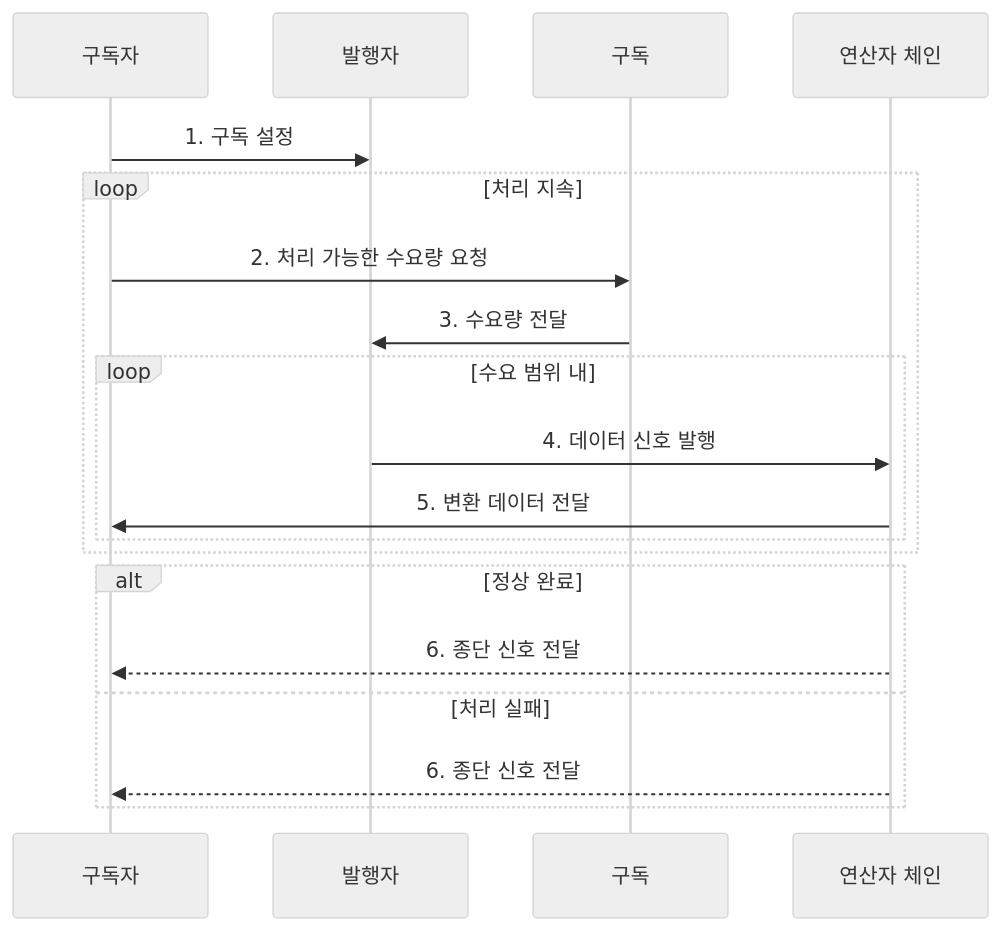
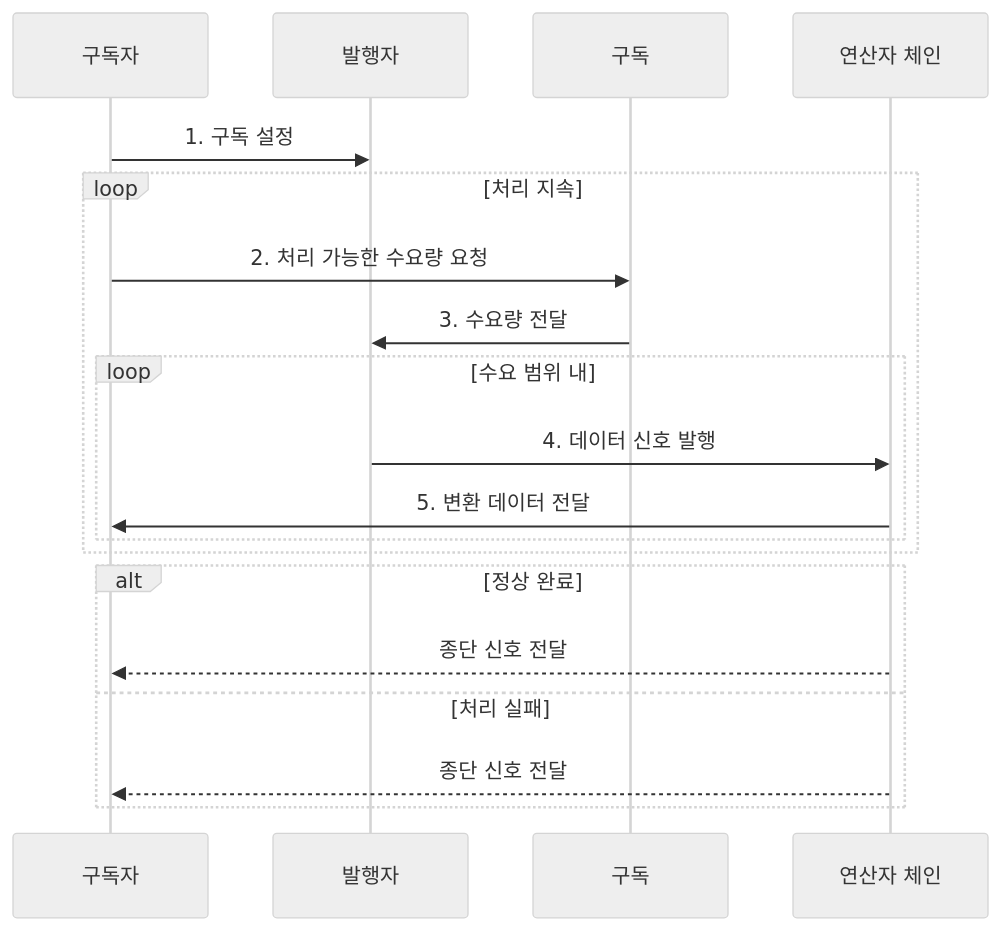
One commit to agnusdei1207/knowledge-base changed the second of 2 diagrams in src/content/docs/notes/03-software/027_reactive_programming.md. Above: the diagram before and after it, drawn with Mermaid (neutral theme). The commit also changed other lines of this file and 238 other files, not shown here.

````diff
--- a/src/content/docs/notes/03-software/027_reactive_programming.md
+++ b/src/content/docs/notes/03-software/027_reactive_programming.md
@@ -88,21 +90,21 @@
 ```mermaid
 sequenceDiagram
     participant C as 구독자
     participant P as 발행자
     participant U as 구독
     participant O as 연산자 체인
     C->>P: 1. 구독 설정
     loop 처리 지속
         C->>U: 2. 처리 가능한 수요량 요청
         U->>P: 3. 수요량 전달
         loop 수요 범위 내
             P->>O: 4. 데이터 신호 발행
             O->>C: 5. 변환 데이터 전달
         end
     end
     alt 정상 완료
-        O-->>C: 6. 종단 신호 전달
+        O-->>C: 종단 신호 전달
     else 처리 실패
-        O-->>C: 6. 종단 신호 전달
+        O-->>C: 종단 신호 전달
     end
 ```
````
